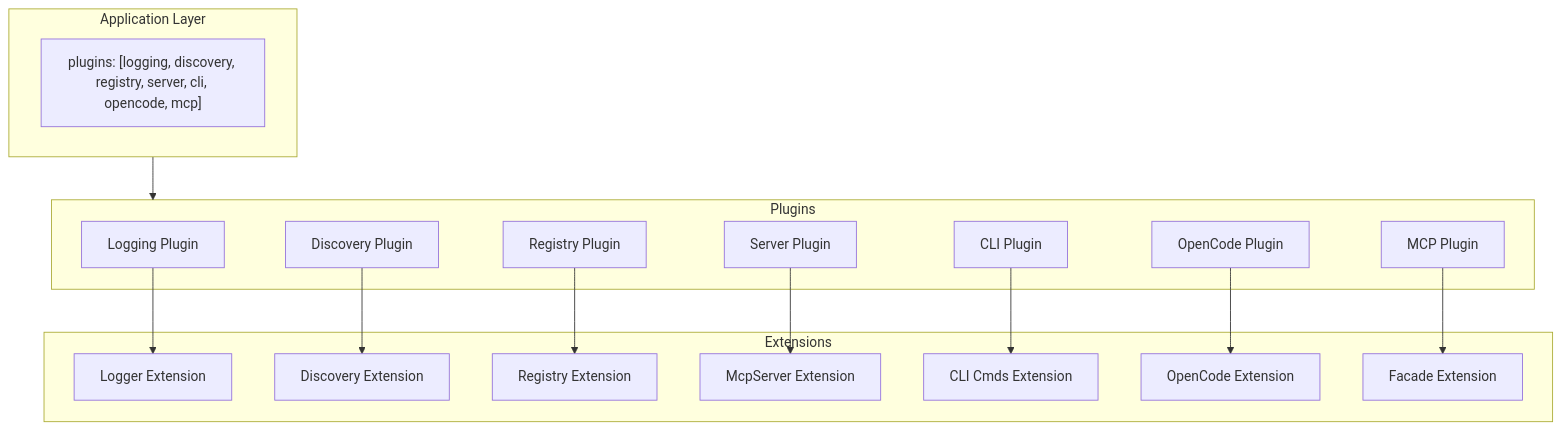
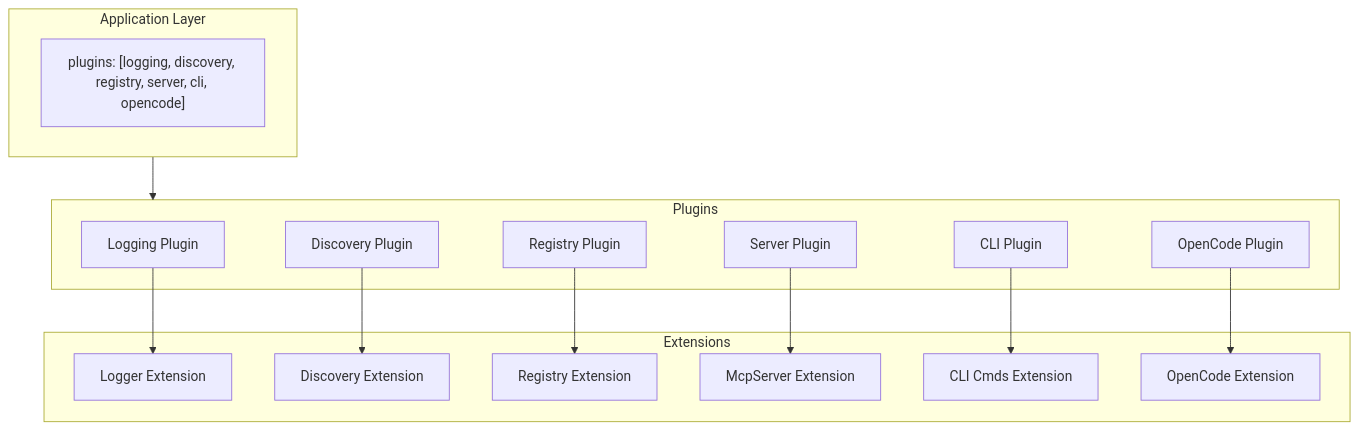
The first of 2 diagrams in doc/discovery/library.opus.md (rektide/gunshi-mcp), drawn with Mermaid before and after one commit. The commit also changed other lines of this file and 1 other file, not shown here.

Commit message:
revamp gunshi library opus design with plugin-based & builder direction, intro

````diff
--- a/doc/discovery/library.opus.md
+++ b/doc/discovery/library.opus.md
@@ -270,35 +80,32 @@
 ```mermaid
 flowchart TB
   subgraph app["Application Layer"]
-    plugins["plugins: [logging, discovery, registry, server, cli, opencode, mcp]"]
+    plugins["plugins: [logging, discovery, registry, server, cli, opencode]"]
   end
 
   subgraph plugins_row["Plugins"]
     logging["Logging Plugin"]
     discovery["Discovery Plugin"]
     registry["Registry Plugin"]
     server["Server Plugin"]
     cli["CLI Plugin"]
     opencode["OpenCode Plugin"]
-    mcp["MCP Plugin"]
   end
 
   subgraph extensions_row["Extensions"]
     loggerExt["Logger Extension"]
     discoveryExt["Discovery Extension"]
     registryExt["Registry Extension"]
     serverExt["McpServer Extension"]
     cliExt["CLI Cmds Extension"]
     opencodeExt["OpenCode Extension"]
-    facadeExt["Facade Extension"]
   end
 
   app --> plugins_row
   logging --> loggerExt
   discovery --> discoveryExt
   registry --> registryExt
   server --> serverExt
   cli --> cliExt
   opencode --> opencodeExt
-  mcp --> facadeExt
 ```
````
